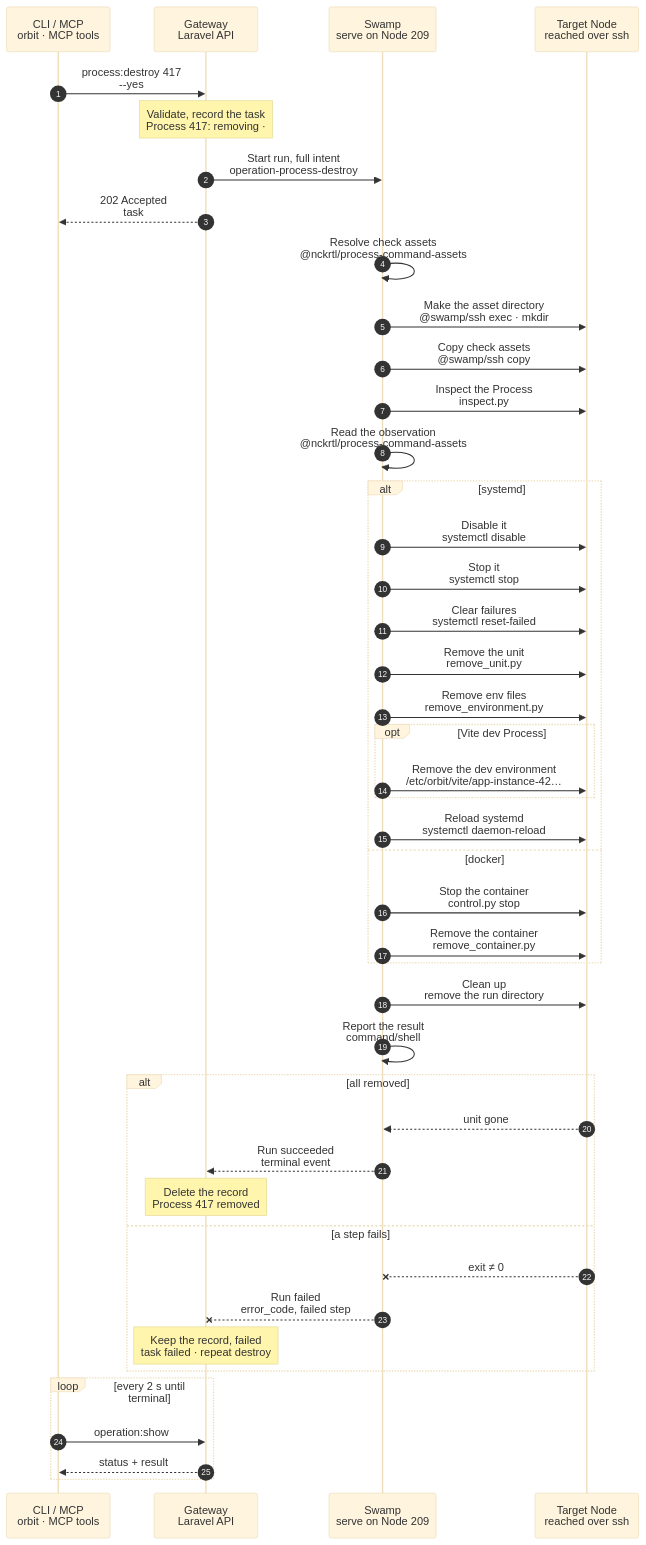
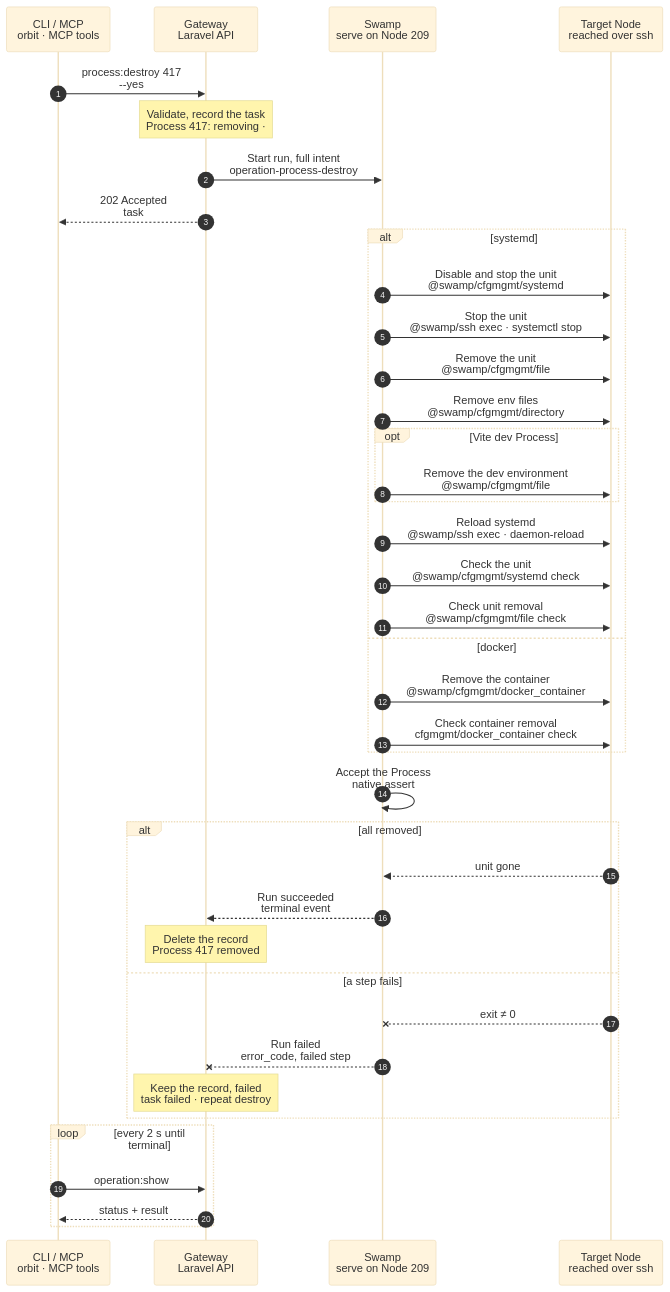
One commit to hardimpactdev/orbit changed the diagram in docs/flows/process.destroy.mmd. Above: the diagram before and after it, drawn with Mermaid (base theme). The commit also changed 71 other files, not shown here.

Commit message:
refactor(process): use cfgmgmt and SSH argv for rule 22

```diff
--- a/docs/flows/process.destroy.mmd
+++ b/docs/flows/process.destroy.mmd
@@ -1,135 +1,112 @@
 sequenceDiagram
   %% Target design: ADR 0244 task, DECISIONS 4 + R1-R4 (process.stop shape: 209, @swamp/ssh, full intent as inputs).
   %% status: draft
   %% command: process:destroy
   autonumber
   %% lane CLI icon=terminal pill=caller tone=gray
   %% lane GW icon=gateway pill=intent tone=blue
   %% lane SW icon=workflow pill=executes tone=green
   %% lane N icon=server pill=target tone=amber
   participant CLI as CLI / MCP<br/>orbit · MCP tools
   participant GW as Gateway<br/>Laravel API
   participant SW as Swamp<br/>serve on Node 209
   participant N as Target Node<br/>reached over ssh
   CLI->>GW: process:destroy 417<br/>--yes
   %%> Command:
   %%> - `orbit process:destroy 417 --yes`
   %%> - syntax: `process:destroy <process> [--project=ID] [--yes] [--idempotency-key=KEY] [--json]`
   %%> Input:
   %%> - the numeric Process ID; `--yes` skips the confirmation
   %%> Not handled here:
   %%> - `--project` removes a Project definition only; it starts no run (R1)
   %%> Who can call it:
   %%> - the `orbit` CLI and the MCP tool send the same request
   Note over GW: Validate, record the task<br/>Process 417: removing · #5130
   %%> Requirements:
   %%> - your Node has an access grant to the Process's Node
   %%> - no Route points to the Process, else `process.has_routes`
   %%> - the Process is not required by a Database server
   %%> Result:
   %%> - Process 417 marked removing; the record stays until the run succeeds
   %%> - task #5130 recorded with the full intent
   GW->>SW: Start run, full intent<br/>operation-process-destroy
   %%> What it does:
   %%> - starts one Swamp run on serve (Node 209); every step runs there
   %%> Inputs:
   %%> - `kind`: process.destroy
   %%> - the unit or container name and runtime, and for Vite the Instance environment path
   %%> - the Node's address and SSH host keys; the SSH identity comes from the `swamp` role
   GW-->>CLI: 202 Accepted<br/>task #5130
   %%> What you get:
   %%> - the task number, at once
   %%> Next:
   %%> - the CLI follows the task with `operation:show`
-  SW->>SW: Resolve check assets<br/>@nckrtl/process-command-assets
-  %%> What it does:
-  %%> - validates the intent and finds the shipped Process scripts on Node 209
-  %%> Why:
-  %%> - the scripts check ownership: they act only on the unit or container marked with Process 417
-  SW->>N: Make the asset directory<br/>@swamp/ssh exec · mkdir
-  %%> What it does:
-  %%> - makes a private directory for this run on the Node, under `/tmp`
-  SW->>N: Copy check assets<br/>@swamp/ssh copy
-  %%> What it does:
-  %%> - copies the shipped scripts into that directory
-  %%> How:
-  %%> - Swamp reaches the Node over SSH from 209 with the official `@swamp/ssh` behavior, the `swamp` role SSH identity and the Node's pinned host keys
-  SW->>N: Inspect the Process<br/>inspect.py
-  %%> What it does:
-  %%> - reads whether the unit or container exists and its state
-  SW->>SW: Read the observation<br/>@nckrtl/process-command-assets
-  %%> What it does:
-  %%> - turns the inspection into fields later steps check
-  %%> Already gone:
-  %%> - an absent unit or container skips the stop steps, so a repeat converges
   alt systemd
-    SW->>N: Disable it<br/>systemctl disable
+    SW->>N: Disable and stop the unit<br/>@swamp/cfgmgmt/systemd
     %%> What it does:
-    %%> - stops the unit starting at boot
-    SW->>N: Stop it<br/>systemctl stop
+    %%> - converges stopped and disabled; an absent unit is already done
+    SW->>N: Stop the unit<br/>@swamp/ssh exec · systemctl stop
     %%> What it does:
-    %%> - stops the unit
-    SW->>N: Clear failures<br/>systemctl reset-failed
+    %%> - stops a loaded unit, including one that is transitioning
+    SW->>N: Remove the unit<br/>@swamp/cfgmgmt/file
     %%> What it does:
-    %%> - clears a failed state, only when the unit failed
-    SW->>N: Remove the unit<br/>remove_unit.py
+    %%> - removes the admitted unit file
+    SW->>N: Remove env files<br/>@swamp/cfgmgmt/directory
     %%> What it does:
-    %%> - removes the owned unit file
-    SW->>N: Remove env files<br/>remove_environment.py
-    %%> What it does:
-    %%> - removes the Process EnvironmentFiles
+    %%> - removes the Process environment directory
     opt Vite dev Process
-      SW->>N: Remove the dev environment<br/>/etc/orbit/vite/app-instance-42…
+      SW->>N: Remove the dev environment<br/>@swamp/cfgmgmt/file
       %%> What it does:
       %%> - removes the Instance Vite environment file
     end
-    SW->>N: Reload systemd<br/>systemctl daemon-reload
+    SW->>N: Reload systemd<br/>@swamp/ssh exec · daemon-reload
     %%> What it does:
-    %%> - reloads systemd after the unit is gone
+    %%> - reloads systemd after unit removal
+    SW->>N: Check the unit<br/>@swamp/cfgmgmt/systemd check
+    %%> Result:
+    %%> - records that the removed unit is inactive
+    SW->>N: Check unit removal<br/>@swamp/cfgmgmt/file check
+    %%> Result:
+    %%> - records whether the unit file is absent
   else docker
-    SW->>N: Stop the container<br/>control.py stop
+    SW->>N: Remove the container<br/>@swamp/cfgmgmt/docker_container
     %%> What it does:
-    %%> - stops the owned container
-    SW->>N: Remove the container<br/>remove_container.py
-    %%> What it does:
-    %%> - removes it; volumes stay
+    %%> - removes the container with ensure absent; volumes stay
+    SW->>N: Check container removal<br/>cfgmgmt/docker_container check
+    %%> Result:
+    %%> - records whether the container is absent
   end
-  SW->>N: Clean up<br/>remove the run directory
+  SW->>SW: Accept the Process<br/>native assert
   %%> What it does:
-  %%> - removes the run directory after a successful run
-  %%> On failure:
-  %%> - the directory stays, so a resumed run can reuse the scripts
-  SW->>SW: Report the result<br/>command/shell
-  %%> What it does:
-  %%> - prints `ready` as the run result
+  %%> - accepts only absent runtime files or an absent container
   alt all removed
     N-->>SW: unit gone
     %%> Returns:
     %%> - nothing of Process 417 is left on the Node
     SW-->>GW: Run succeeded<br/>terminal event
     %%> How the Gateway learns it:
     %%> - its shared run reader sees the terminal event and reads the result step once; Swamp never calls the Gateway
     Note over GW: Delete the record<br/>Process 417 removed
     %%> Result:
     %%> - the Process record is deleted
     %%> - task #5130 succeeds
   else a step fails
     N--xSW: exit ≠ 0
     %%> When:
-    %%> - SSH fails, or the unit or container belongs to another Process (`process.name_collision`)
+    %%> - SSH or a runtime action fails
     SW--xGW: Run failed<br/>error_code, failed step
     %%> The Gateway reads:
     %%> - which step failed and its error code
     Note over GW: Keep the record, failed<br/>task failed · repeat destroy
     %%> Result:
     %%> - Process 417 keeps its record, marked with the error code
     %%> - repeat `process:destroy` to converge
   end
   loop every 2 s until terminal
     CLI->>GW: operation:show #5130
     %%> What it does:
     %%> - asks for the task status every 2 seconds until it has ended
     GW-->>CLI: status + result
     %%> Returns:
     %%> - the current status, and the result once the task has ended
   end
```
